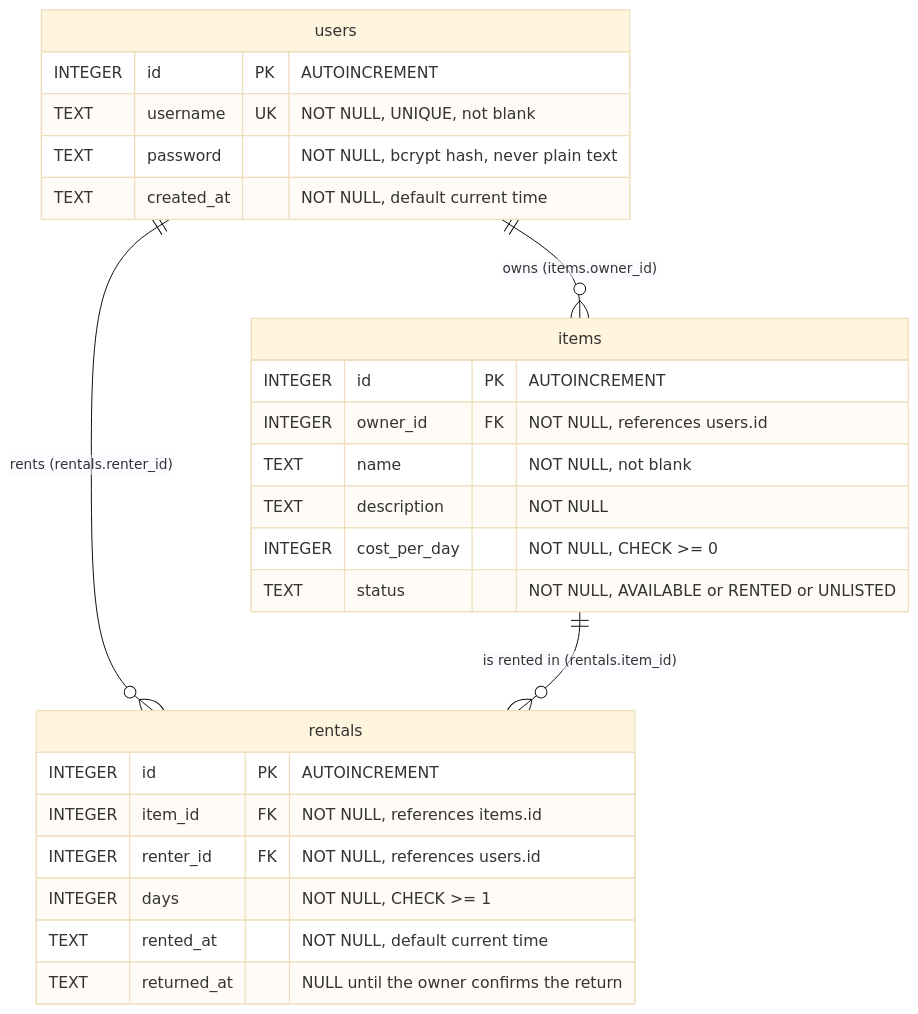
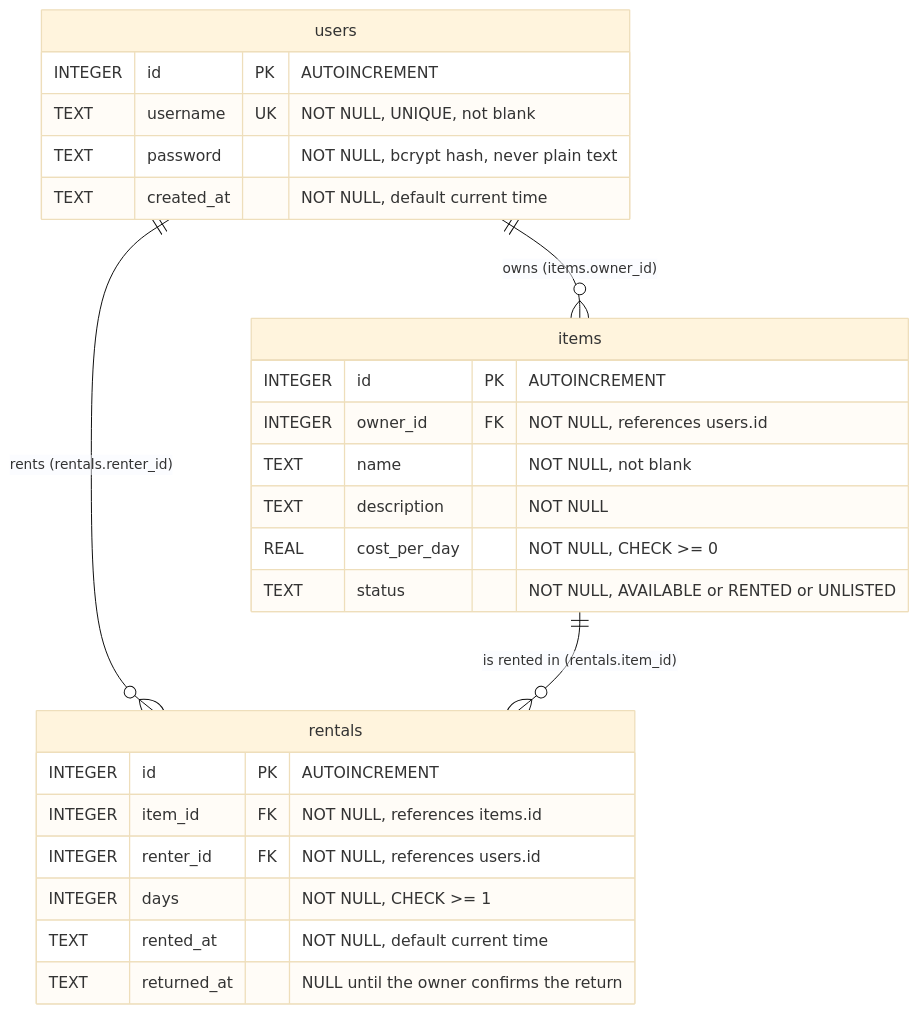
The diagram in ERD.md (Ochenje/removing-manual-steps), drawn with Mermaid (base theme) before and after one commit. The commit also changed other lines of this file, not shown here.

Commit message:
Update ERD: cost is REAL, items and rentals are implemented

````diff
--- a/ERD.md
+++ b/ERD.md
@@ -5,31 +5,31 @@
 ```mermaid
 erDiagram
     users ||--o{ items : "owns (items.owner_id)"
     users ||--o{ rentals : "rents (rentals.renter_id)"
     items ||--o{ rentals : "is rented in (rentals.item_id)"
 
     users {
         INTEGER id PK "AUTOINCREMENT"
         TEXT username UK "NOT NULL, UNIQUE, not blank"
         TEXT password "NOT NULL, bcrypt hash, never plain text"
         TEXT created_at "NOT NULL, default current time"
     }
 
     items {
         INTEGER id PK "AUTOINCREMENT"
         INTEGER owner_id FK "NOT NULL, references users.id"
         TEXT name "NOT NULL, not blank"
         TEXT description "NOT NULL"
-        INTEGER cost_per_day "NOT NULL, CHECK >= 0"
+        REAL cost_per_day "NOT NULL, CHECK >= 0"
         TEXT status "NOT NULL, AVAILABLE or RENTED or UNLISTED"
     }
 
     rentals {
         INTEGER id PK "AUTOINCREMENT"
         INTEGER item_id FK "NOT NULL, references items.id"
         INTEGER renter_id FK "NOT NULL, references users.id"
         INTEGER days "NOT NULL, CHECK >= 1"
         TEXT rented_at "NOT NULL, default current time"
         TEXT returned_at "NULL until the owner confirms the return"
     }
 ```
````
